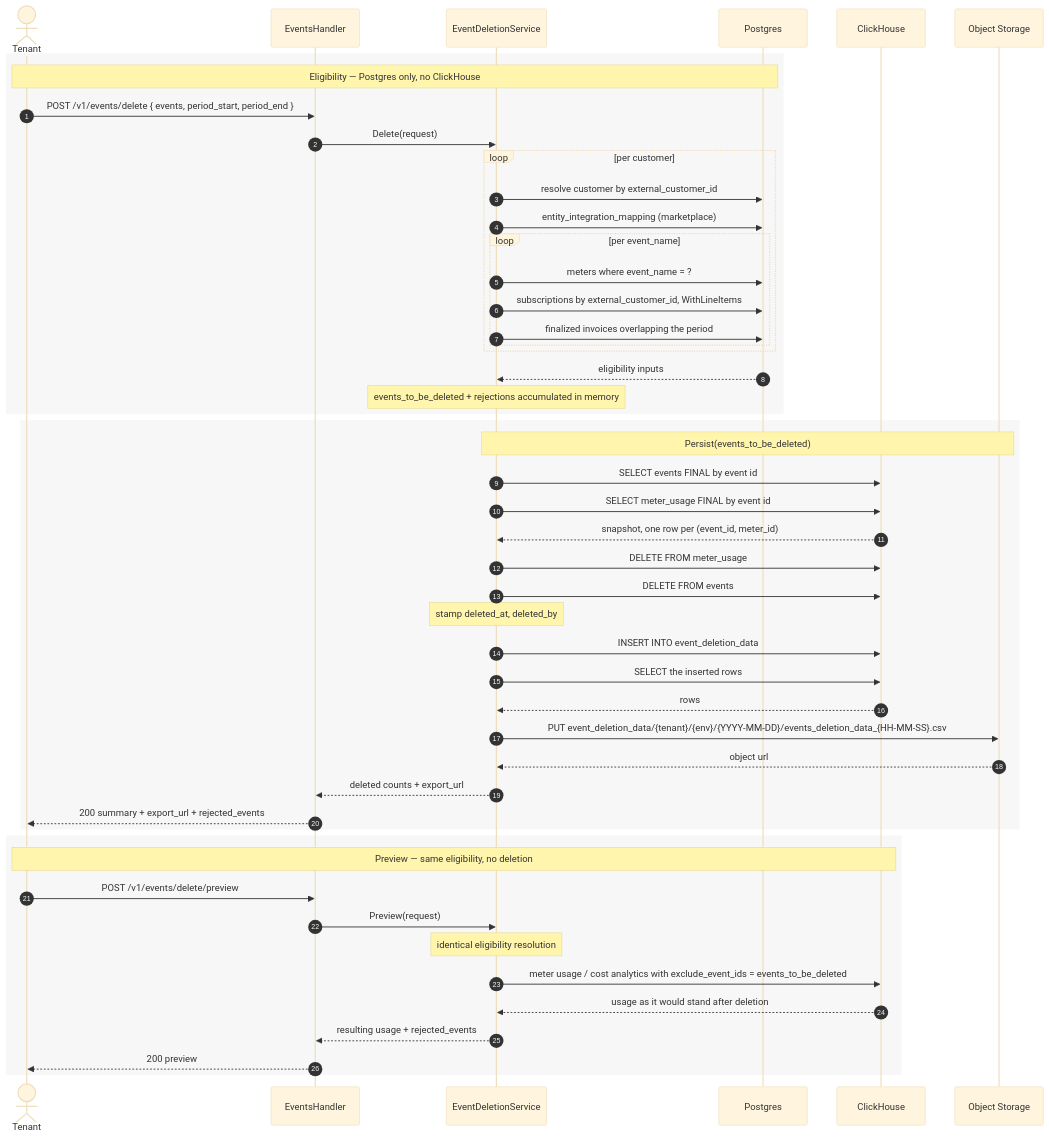
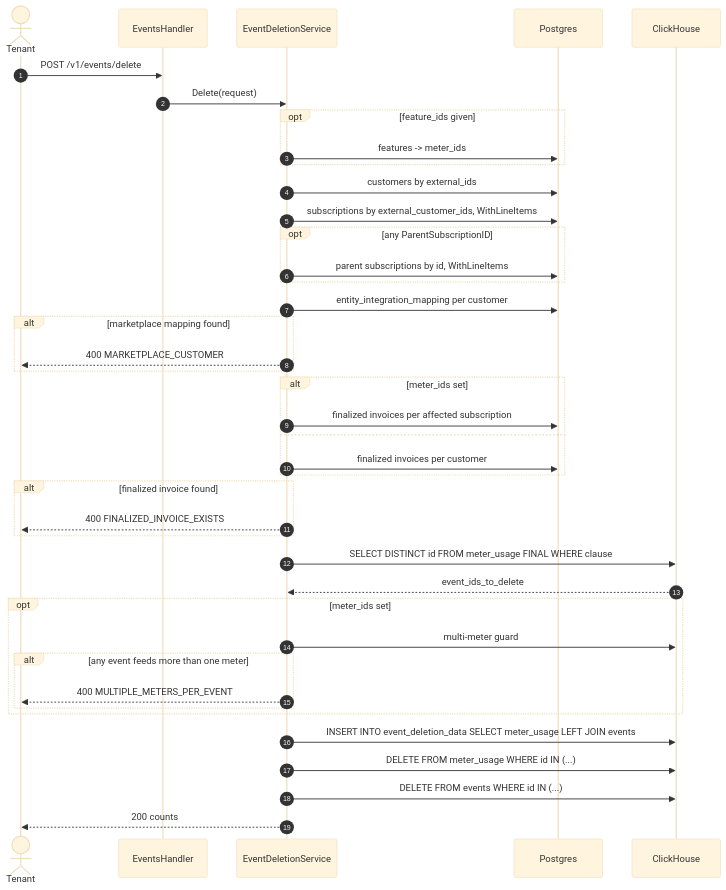
One commit to subratsahilgupta/flexprice changed the diagram in docs/design/2026-09-29-FLE-687-events-deletion.md. Above: the diagram before and after it, drawn with Mermaid (base theme). The commit also changed other lines of this file, not shown here.

Commit message:
refine(events): update design for tenant-facing bulk event deletion API

````diff
--- a/docs/design/2026-09-29-FLE-687-events-deletion.md
+++ b/docs/design/2026-09-29-FLE-687-events-deletion.md
@@ -240,55 +272,51 @@
 ```mermaid
 sequenceDiagram
     autonumber
     actor T as Tenant
     participant API as EventsHandler
     participant SVC as EventDeletionService
     participant PG as Postgres
     participant CH as ClickHouse
-    participant OS as Object Storage
 
-    rect rgba(0,0,0,0.03)
-    note over T,PG: Eligibility — Postgres only, no ClickHouse
-    T->>API: POST /v1/events/delete { events, period_start, period_end }
+    T->>API: POST /v1/events/delete
     API->>SVC: Delete(request)
-    loop per customer
-        SVC->>PG: resolve customer by external_customer_id
-        SVC->>PG: entity_integration_mapping (marketplace)
-        loop per event_name
-            SVC->>PG: meters where event_name = ?
-            SVC->>PG: subscriptions by external_customer_id, WithLineItems
-            SVC->>PG: finalized invoices overlapping the period
+
+    opt feature_ids given
+        SVC->>PG: features -> meter_ids
+    end
+
+    SVC->>PG: customers by external_ids
+    SVC->>PG: subscriptions by external_customer_ids, WithLineItems
+    opt any ParentSubscriptionID
+        SVC->>PG: parent subscriptions by id, WithLineItems
+    end
+
+    SVC->>PG: entity_integration_mapping per customer
+    alt marketplace mapping found
+        SVC-->>T: 400 MARKETPLACE_CUSTOMER
+    end
+
+    alt meter_ids set
+        SVC->>PG: finalized invoices per affected subscription
+    else
+        SVC->>PG: finalized invoices per customer
+    end
+    alt finalized invoice found
+        SVC-->>T: 400 FINALIZED_INVOICE_EXISTS
+    end
+
+    SVC->>CH: SELECT DISTINCT id FROM meter_usage FINAL WHERE clause
+    CH-->>SVC: event_ids_to_delete
+
+    opt meter_ids set
+        SVC->>CH: multi-meter guard
+        alt any event feeds more than one meter
+            SVC-->>T: 400 MULTIPLE_METERS_PER_EVENT
         end
     end
-    PG-->>SVC: eligibility inputs
-    note over SVC: events_to_be_deleted + rejections accumulated in memory
-    end
 
-    rect rgba(0,0,0,0.03)
-    note over SVC,OS: Persist(events_to_be_deleted)
-    SVC->>CH: SELECT events FINAL by event id
-    SVC->>CH: SELECT meter_usage FINAL by event id
-    CH-->>SVC: snapshot, one row per (event_id, meter_id)
-    SVC->>CH: DELETE FROM meter_usage
-    SVC->>CH: DELETE FROM events
-    note over SVC: stamp deleted_at, deleted_by
-    SVC->>CH: INSERT INTO event_deletion_data
-    SVC->>CH: SELECT the inserted rows
-    CH-->>SVC: rows
-    SVC->>OS: PUT event_deletion_data/{tenant}/{env}/{YYYY-MM-DD}/events_deletion_data_{HH-MM-SS}.csv
-    OS-->>SVC: object url
-    SVC-->>API: deleted counts + export_url
-    API-->>T: 200 summary + export_url + rejected_events
-    end
-
-    rect rgba(0,0,0,0.03)
-    note over T,CH: Preview — same eligibility, no deletion
-    T->>API: POST /v1/events/delete/preview
-    API->>SVC: Preview(request)
-    note over SVC: identical eligibility resolution
-    SVC->>CH: meter usage / cost analytics with exclude_event_ids = events_to_be_deleted
-    CH-->>SVC: usage as it would stand after deletion
-    SVC-->>API: resulting usage + rejected_events
-    API-->>T: 200 preview
-    end
+    SVC->>CH: INSERT INTO event_deletion_data SELECT meter_usage LEFT JOIN events
+    SVC->>CH: DELETE FROM meter_usage WHERE id IN (...)
+    SVC->>CH: DELETE FROM events WHERE id IN (...)
+    SVC-->>T: 200 counts
 ```
````
